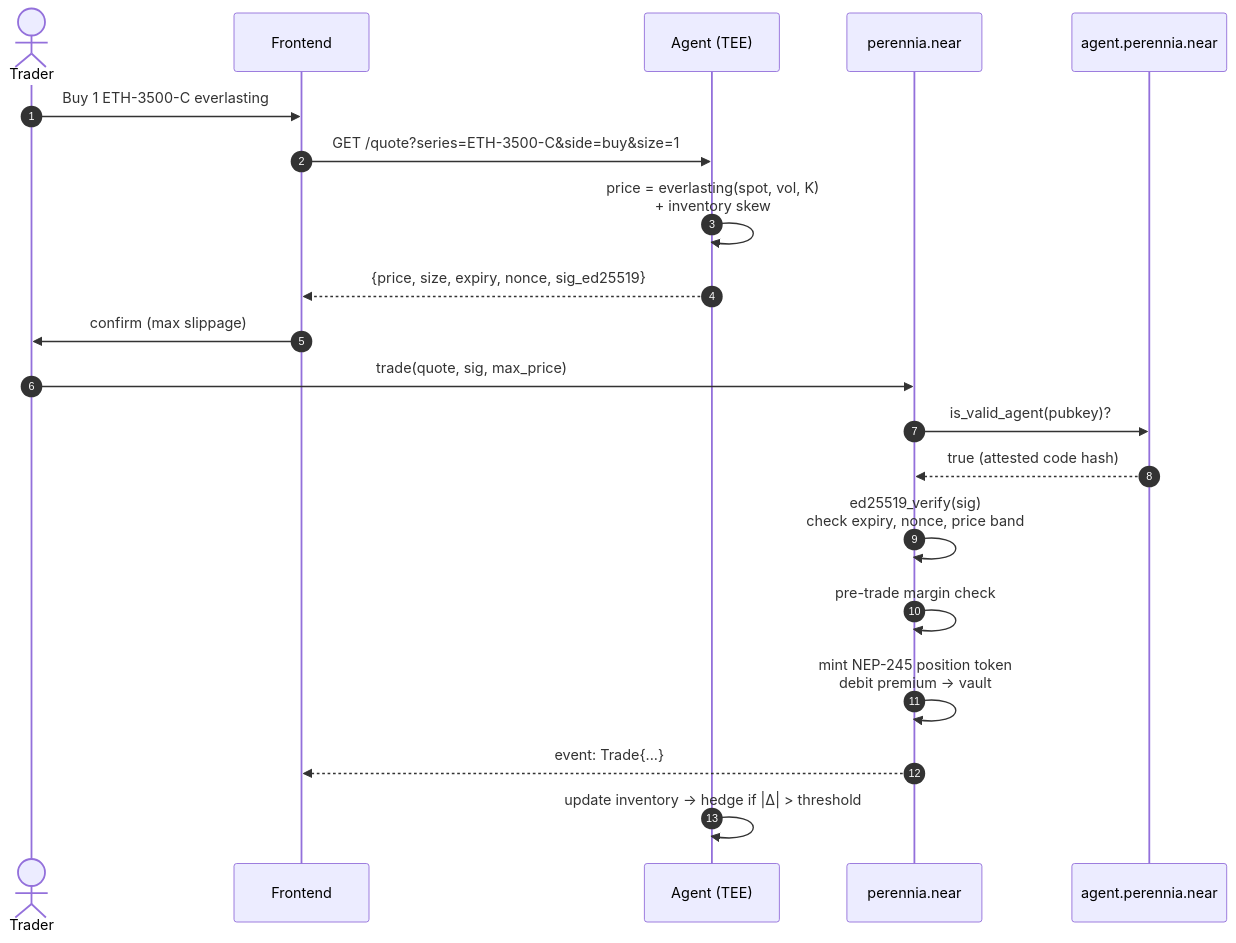
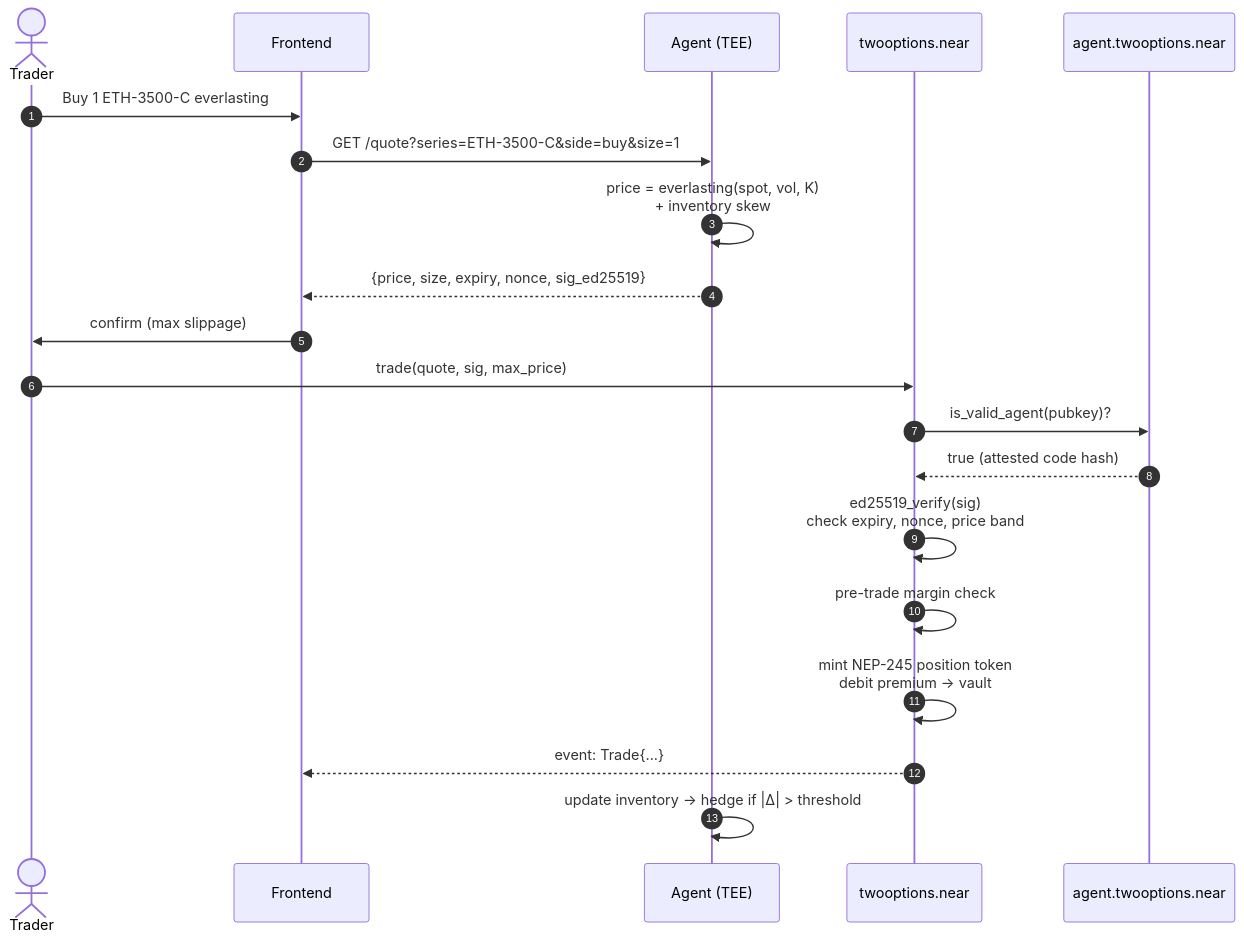
Before and after one commit to Aditya-dom/2options: the fifth of 12 diagrams in NEAR_HACKATHON_PLAN.md, drawn with Mermaid. The commit also changed other lines of this file and 82 other files, not shown here.

````diff
--- a/NEAR_HACKATHON_PLAN.md
+++ b/NEAR_HACKATHON_PLAN.md
@@ -219,23 +219,23 @@
 ```mermaid
 sequenceDiagram
     autonumber
     actor U as Trader
     participant FE as Frontend
     participant AG as Agent (TEE)
-    participant P as perennia.near
-    participant AC as agent.perennia.near
+    participant P as twooptions.near
+    participant AC as agent.twooptions.near
 
     U->>FE: Buy 1 ETH-3500-C everlasting
     FE->>AG: GET /quote?series=ETH-3500-C&side=buy&size=1
     AG->>AG: price = everlasting(spot, vol, K)<br/>+ inventory skew
     AG-->>FE: {price, size, expiry, nonce, sig_ed25519}
     FE->>U: confirm (max slippage)
     U->>P: trade(quote, sig, max_price)
     P->>AC: is_valid_agent(pubkey)?
     AC-->>P: true (attested code hash)
     P->>P: ed25519_verify(sig)<br/>check expiry, nonce, price band
     P->>P: pre-trade margin check
     P->>P: mint NEP-245 position token<br/>debit premium → vault
     P-->>FE: event: Trade{...}
     AG->>AG: update inventory → hedge if |Δ| > threshold
 ```
````
